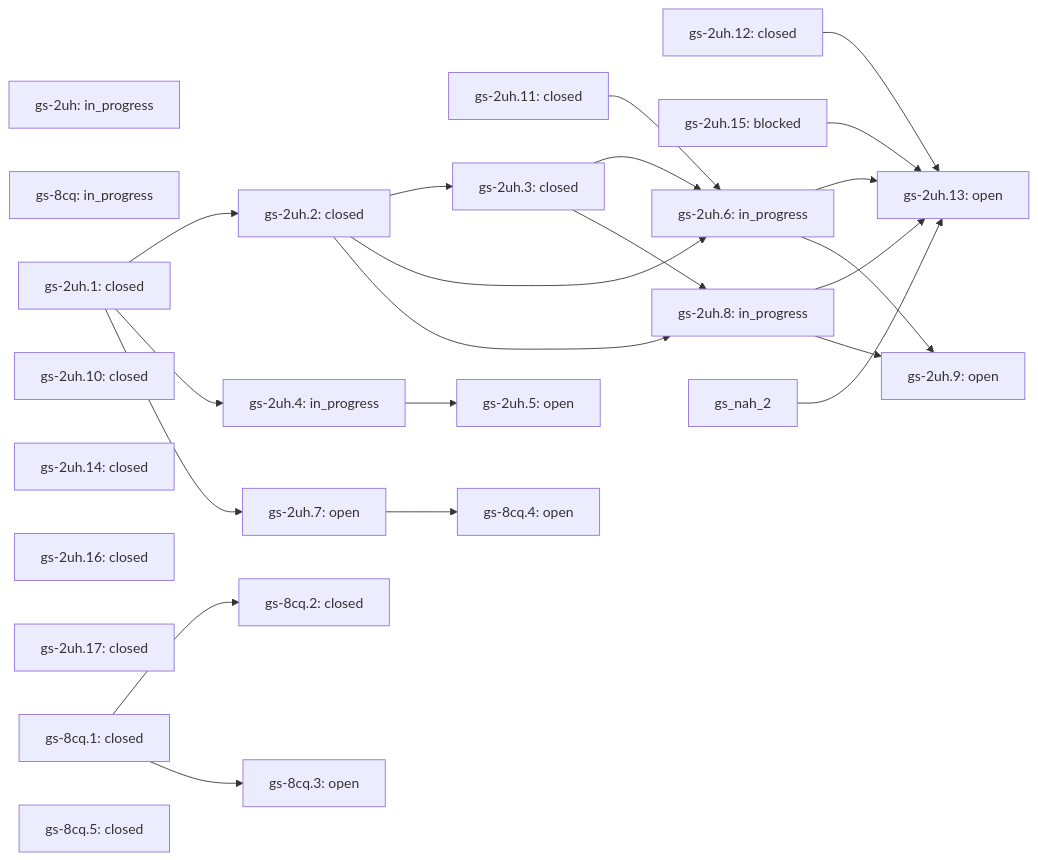
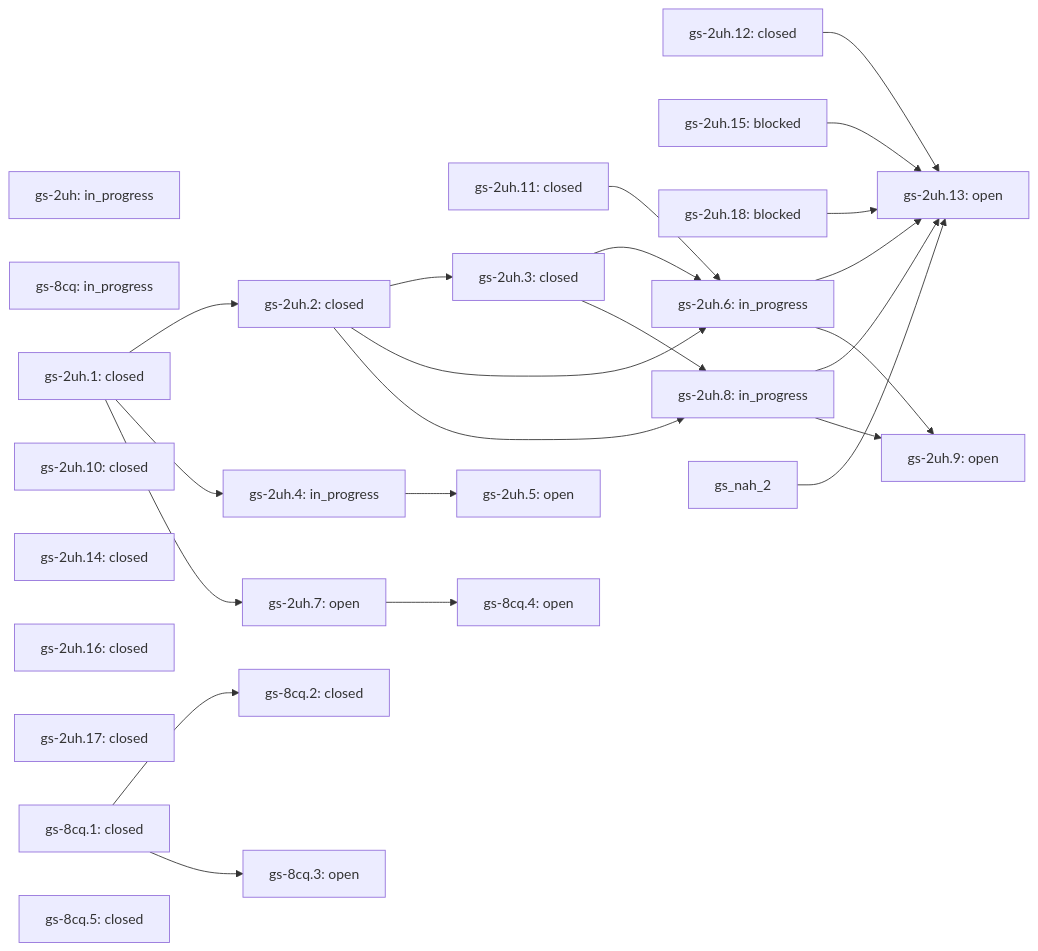
Before and after one commit to lifeofgurpreet/G-Skills: the diagram in docs/skills/vps-health/ROADMAP.md, drawn with Mermaid. The commit also changed other lines of this file and 5 other files, not shown here.

````diff
--- a/docs/skills/vps-health/ROADMAP.md
+++ b/docs/skills/vps-health/ROADMAP.md
@@ -36,47 +37,49 @@
 ```mermaid
 flowchart LR
   gs_2uh["gs-2uh: in_progress"]
   gs_8cq["gs-8cq: in_progress"]
   gs_2uh_1["gs-2uh.1: closed"]
   gs_2uh_10["gs-2uh.10: closed"]
   gs_2uh_11["gs-2uh.11: closed"]
   gs_2uh_12["gs-2uh.12: closed"]
   gs_2uh_13["gs-2uh.13: open"]
   gs_2uh_12 --> gs_2uh_13
   gs_2uh_15 --> gs_2uh_13
+  gs_2uh_18 --> gs_2uh_13
   gs_2uh_6 --> gs_2uh_13
   gs_2uh_8 --> gs_2uh_13
   gs_nah_2 --> gs_2uh_13
   gs_2uh_14["gs-2uh.14: closed"]
   gs_2uh_15["gs-2uh.15: blocked"]
   gs_2uh_16["gs-2uh.16: closed"]
   gs_2uh_17["gs-2uh.17: closed"]
+  gs_2uh_18["gs-2uh.18: blocked"]
   gs_2uh_2["gs-2uh.2: closed"]
   gs_2uh_1 --> gs_2uh_2
   gs_2uh_3["gs-2uh.3: closed"]
   gs_2uh_2 --> gs_2uh_3
   gs_2uh_4["gs-2uh.4: in_progress"]
   gs_2uh_1 --> gs_2uh_4
   gs_2uh_5["gs-2uh.5: open"]
   gs_2uh_4 --> gs_2uh_5
   gs_2uh_6["gs-2uh.6: in_progress"]
   gs_2uh_11 --> gs_2uh_6
   gs_2uh_2 --> gs_2uh_6
   gs_2uh_3 --> gs_2uh_6
   gs_2uh_8["gs-2uh.8: in_progress"]
   gs_2uh_2 --> gs_2uh_8
   gs_2uh_3 --> gs_2uh_8
   gs_8cq_1["gs-8cq.1: closed"]
   gs_8cq_2["gs-8cq.2: closed"]
   gs_8cq_1 --> gs_8cq_2
   gs_2uh_7["gs-2uh.7: open"]
   gs_2uh_1 --> gs_2uh_7
   gs_2uh_9["gs-2uh.9: open"]
   gs_2uh_6 --> gs_2uh_9
   gs_2uh_8 --> gs_2uh_9
   gs_8cq_3["gs-8cq.3: open"]
   gs_8cq_1 --> gs_8cq_3
   gs_8cq_4["gs-8cq.4: open"]
   gs_2uh_7 --> gs_8cq_4
   gs_8cq_5["gs-8cq.5: closed"]
 ```
````
